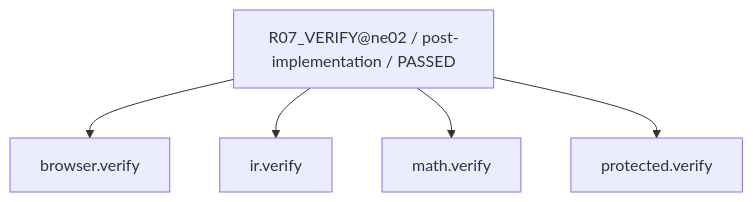
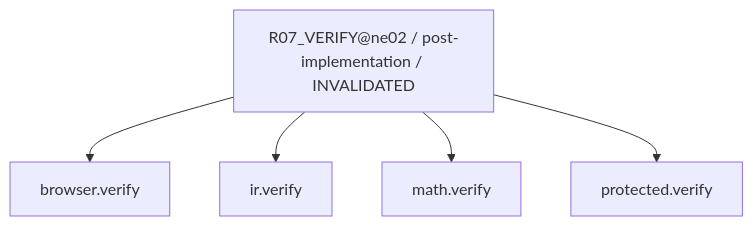
The ninth of 45 diagrams in work/items/W-MATH-036-ne02-n11-n12-guided-design/generated/CAPABILITY_FIRE_DIAGRAM.md (rrikunagasige-dot/kyotsu-step-web), drawn with Mermaid before and after one commit. The commit also changed other lines of this file and 55 other files, not shown here.

````diff
--- a/work/items/W-MATH-036-ne02-n11-n12-guided-design/generated/CAPABILITY_FIRE_DIAGRAM.md
+++ b/work/items/W-MATH-036-ne02-n11-n12-guided-design/generated/CAPABILITY_FIRE_DIAGRAM.md
@@ -141,12 +141,12 @@
 ```mermaid
 flowchart TD
-  N0["R07_VERIFY@ne02 / post-implementation / PASSED"]
+  N0["R07_VERIFY@ne02 / post-implementation / INVALIDATED"]
   N1["math.verify"]
   N2["ir.verify"]
   N3["browser.verify"]
   N4["protected.verify"]
   N0 --> N3
   N0 --> N2
   N0 --> N1
   N0 --> N4
 ```
````
